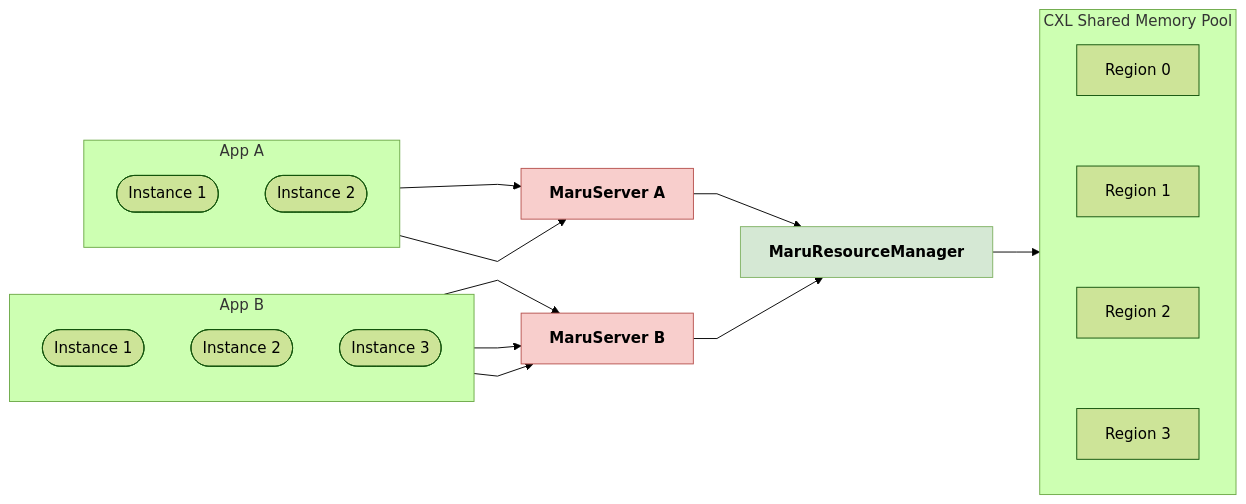
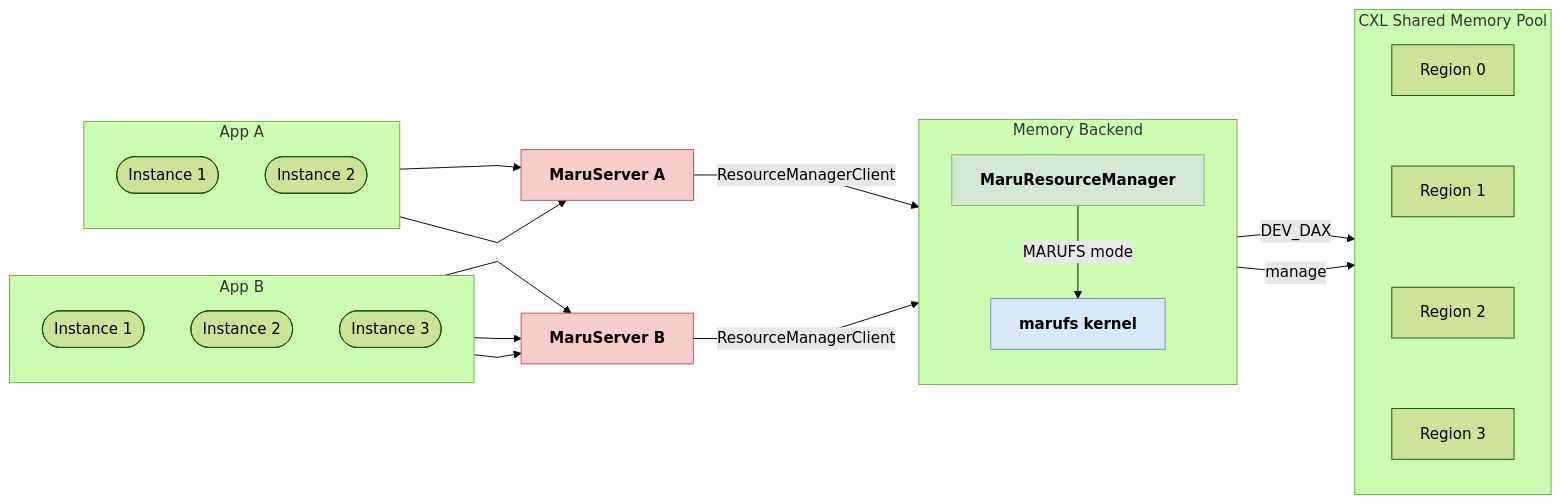
Before and after one commit to xcena-dev/maru: the second of 5 diagrams in docs/source/design_doc/architecture_overview.md, drawn with Mermaid (forest theme). The commit also changed other lines of this file and 68 other files, not shown here.

Commit message:
feat: add marufs client library for CXL shared memory via VFS

````diff
--- a/docs/source/design_doc/architecture_overview.md
+++ b/docs/source/design_doc/architecture_overview.md
@@ -88,34 +104,43 @@
 ```mermaid
 %%{ init: { "flowchart": { "curve": "linear" } } }%%
 flowchart LR
     subgraph AppA["App A"]
         direction TB
         A1(["Instance 1"])
         A2(["Instance 2"])
     end
 
     subgraph AppB["App B"]
         direction TB
         B1(["Instance 1"])
         B2(["Instance 2"])
         B3(["Instance 3"])
     end
 
     MSA["MaruServer A"]:::maru
     MSB["MaruServer B"]:::maru
-    RM["MaruResourceManager"]:::rm
 
     A1 & A2 --> MSA
     B1 & B2 & B3 --> MSB
-    MSA & MSB --> RM
+
+    subgraph Backend["Memory Backend"]
+        direction TB
+        RM["MaruResourceManager"]:::rm
+        KFS["marufs kernel"]:::fs
+        RM -->|"MARUFS mode"| KFS
+    end
+
+    MSA & MSB -->|"ResourceManagerClient"| RM
 
     subgraph CXL["CXL Shared Memory Pool"]
         direction TB
         R0["Region 0"] ~~~ R1["Region 1"] ~~~ R2["Region 2"] ~~~ R3["Region 3"]
     end
 
-    RM --> CXL
+    RM -->|"DEV_DAX"| CXL
+    KFS -->|"manage"| CXL
 
     classDef maru fill:#f8cecc,stroke:#b85450,font-weight:bold
     classDef rm fill:#d5e8d4,stroke:#82b366,font-weight:bold
+    classDef fs fill:#dae8fc,stroke:#6c8ebf,font-weight:bold
 ```
````
